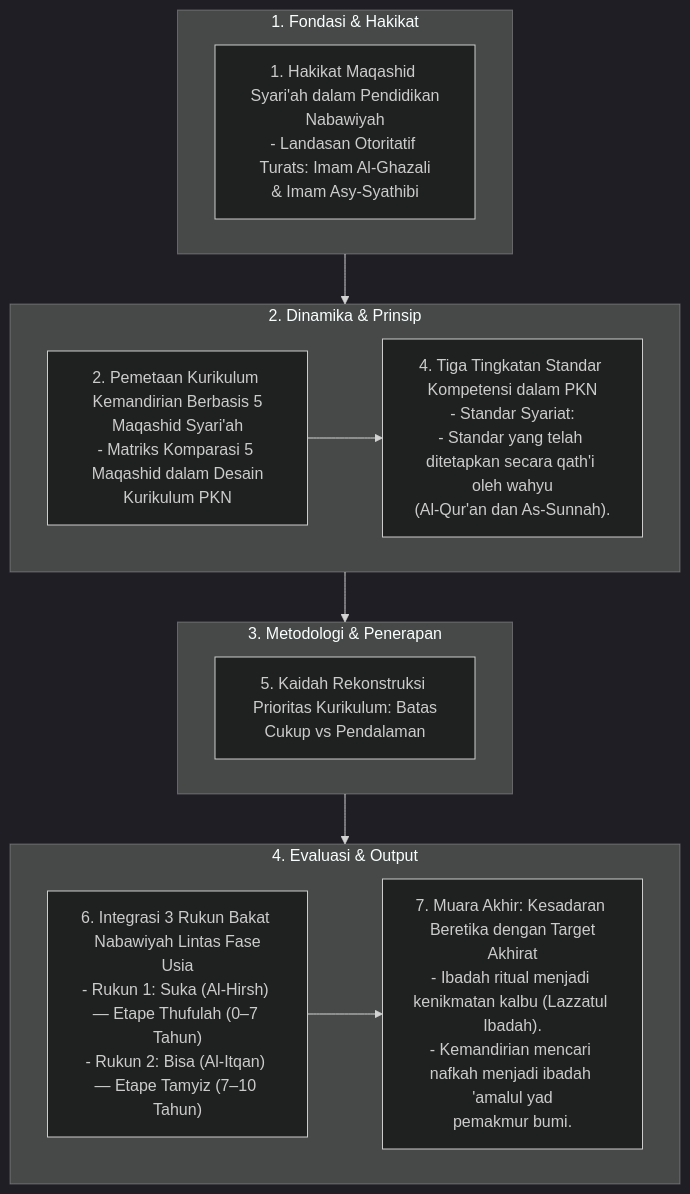
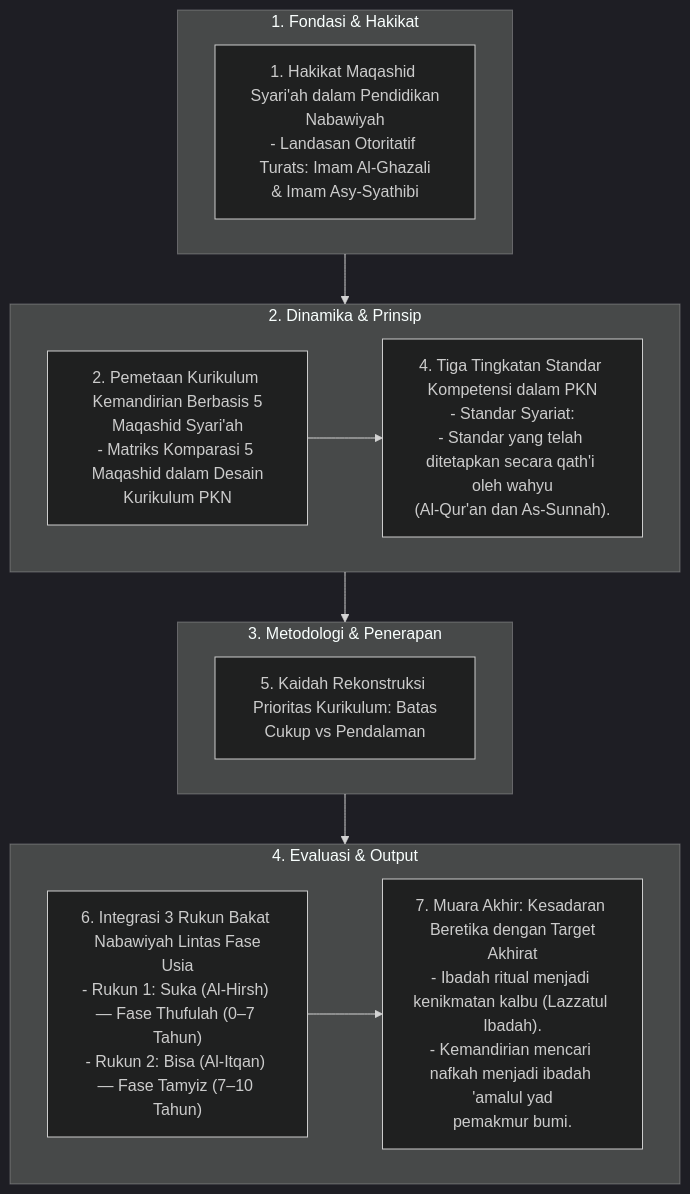
One commit to decaller/wiki-pkn changed the diagram in content_flow/Dokumen Pendidikan Karakter Nabawiyah/Paradigma & Implementasi/Pendidikan Ideal/Kurikulum Kemandirian Berbasis Maqashid Syariah.md. Above: the diagram before and after it, drawn with Mermaid (dark theme). The commit also changed 410 other files, not shown here.

Commit message:
feat: create master Glosarium and purify terminology across repo (etape -> fase, archetype -> uswah)

````diff
--- a/content_flow/Dokumen Pendidikan Karakter Nabawiyah/Paradigma & Implementasi/Pendidikan Ideal/Kurikulum Kemandirian Berbasis Maqashid Syariah.md
+++ b/content_flow/Dokumen Pendidikan Karakter Nabawiyah/Paradigma & Implementasi/Pendidikan Ideal/Kurikulum Kemandirian Berbasis Maqashid Syariah.md
@@ -10,26 +10,26 @@
 ```mermaid
 flowchart TD
     subgraph S1["1. Fondasi & Hakikat"]
         N1_1["1. Hakikat Maqashid Syari'ah dalam Pendidikan<br/>Nabawiyah<br/>- Landasan Otoritatif Turats: Imam Al-Ghazali<br/>& Imam Asy-Syathibi"]
     end
 
     subgraph S2["2. Dinamika & Prinsip"]
         N2_1["2. Pemetaan Kurikulum Kemandirian Berbasis 5<br/>Maqashid Syari'ah<br/>- Matriks Komparasi 5 Maqashid dalam Desain<br/>Kurikulum PKN"]
         N2_2["4. Tiga Tingkatan Standar Kompetensi dalam PKN<br/>- Standar Syariat:<br/>- Standar yang telah ditetapkan secara qath'i oleh wahyu<br/>(Al-Qur'an dan As-Sunnah)."]
         N2_1 --> N2_2
     end
 
     subgraph S3["3. Metodologi & Penerapan"]
         N3_1["5. Kaidah Rekonstruksi Prioritas Kurikulum: Batas<br/>Cukup vs Pendalaman"]
     end
 
     subgraph S4["4. Evaluasi & Output"]
-        N4_1["6. Integrasi 3 Rukun Bakat Nabawiyah Lintas Fase<br/>Usia<br/>- Rukun 1: Suka (Al-Hirsh) — Etape Thufulah (0–7 Tahun)<br/>- Rukun 2: Bisa (Al-Itqan) — Etape Tamyiz (7–10 Tahun)"]
+        N4_1["6. Integrasi 3 Rukun Bakat Nabawiyah Lintas Fase<br/>Usia<br/>- Rukun 1: Suka (Al-Hirsh) — Fase Thufulah (0–7 Tahun)<br/>- Rukun 2: Bisa (Al-Itqan) — Fase Tamyiz (7–10 Tahun)"]
         N4_2["7. Muara Akhir: Kesadaran Beretika dengan Target<br/>Akhirat<br/>- Ibadah ritual menjadi kenikmatan kalbu (Lazzatul Ibadah).<br/>- Kemandirian mencari nafkah menjadi ibadah 'amalul yad<br/>pemakmur bumi."]
         N4_1 --> N4_2
     end
 
     S1 --> S2
     S2 --> S3
     S3 --> S4
 ```
````
